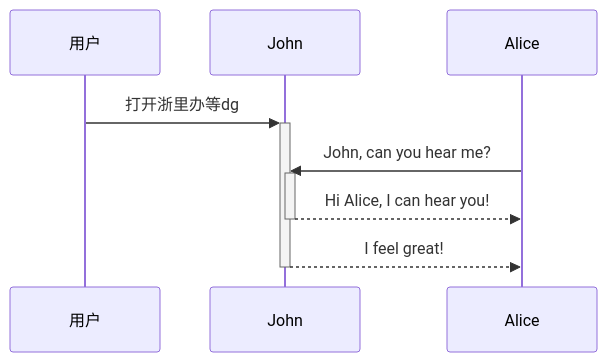
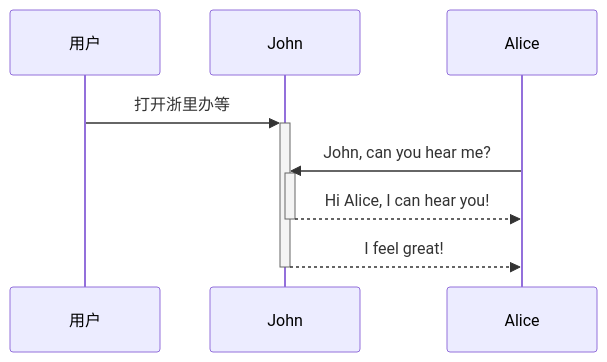
One commit to fifuntop/iodraw-files changed the diagram in all/居民端时序图.md. Above: the diagram before and after it, drawn with Mermaid.

Commit message:
2024-03-14 14:40:11 update

````diff
--- a/all/居民端时序图.md
+++ b/all/居民端时序图.md
@@ -1,8 +1,8 @@
 ```mermaid
 sequenceDiagram
-    用户->>+John: 打开浙里办等dg
+    用户->>+John: 打开浙里办等
     Alice->>+John: John, can you hear me?
     John-->>-Alice: Hi Alice, I can hear you!
     John-->>-Alice: I feel great!
             
 ```
````
